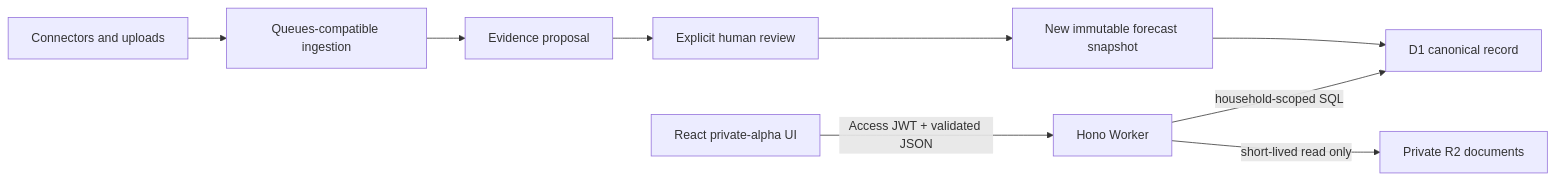
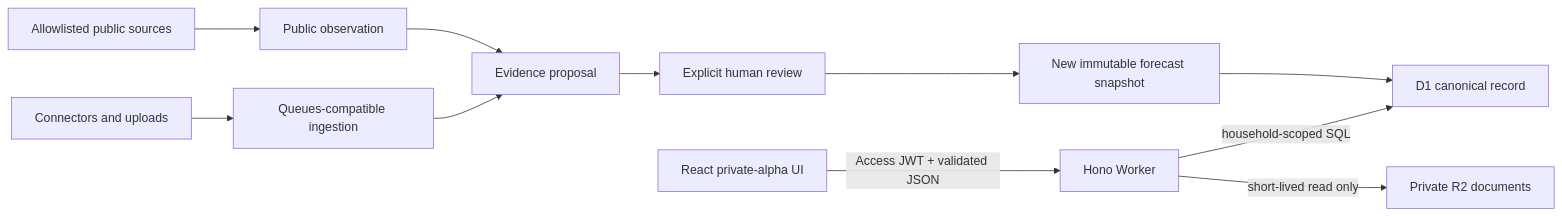
One commit to cyyapye/keel-fi changed the diagram in docs/architecture/overview.md. Above: the diagram before and after it, drawn with Mermaid. The commit also changed other lines of this file and 13 other files, not shown here.

````diff
--- a/docs/architecture/overview.md
+++ b/docs/architecture/overview.md
@@ -7,11 +7,13 @@
 ```mermaid
 flowchart LR
   Browser["React private-alpha UI"] -->|"Access JWT + validated JSON"| API["Hono Worker"]
   API -->|"household-scoped SQL"| D1["D1 canonical record"]
   API -->|"short-lived read only"| R2["Private R2 documents"]
   Sources["Connectors and uploads"] --> Queue["Queues-compatible ingestion"]
   Queue --> Proposal["Evidence proposal"]
   Proposal --> Review["Explicit human review"]
   Review --> Snapshot["New immutable forecast snapshot"]
+  Public["Allowlisted public sources"] --> Observation["Public observation"]
+  Observation --> Proposal
   Snapshot --> D1
 ```
````
